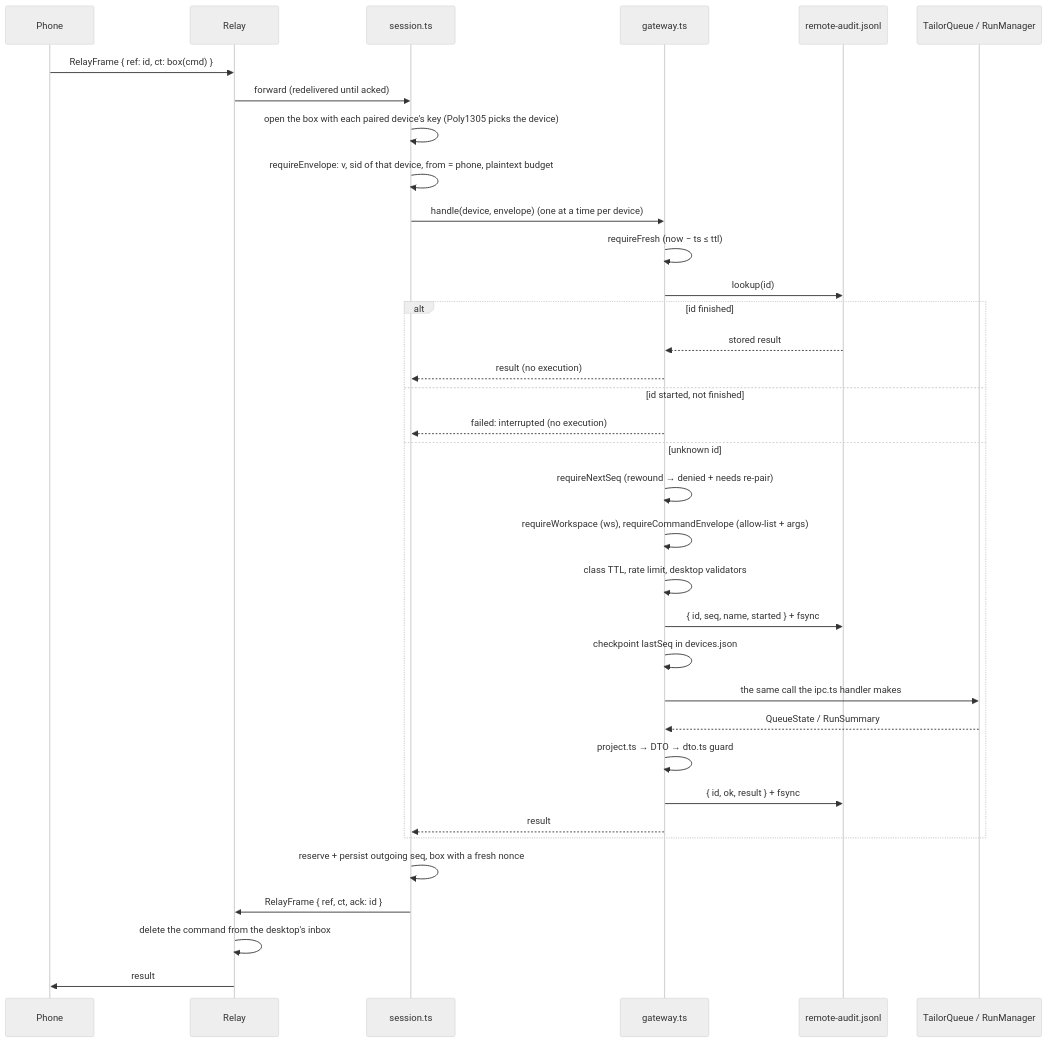
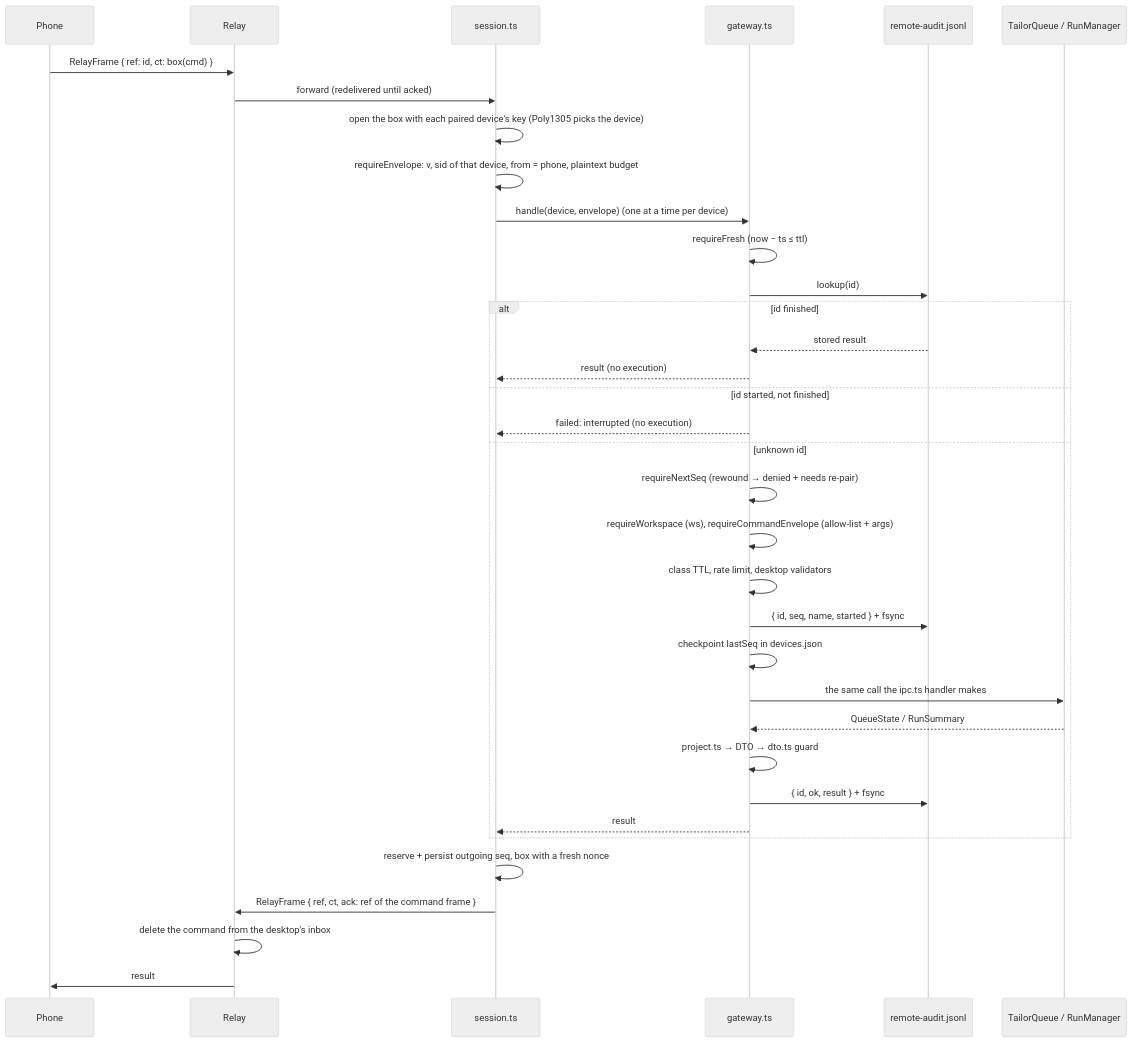
One commit to silentashish/huntgry changed the diagram in docs/changes/36-remote-gateway.md. Above: the diagram before and after it, drawn with Mermaid (neutral theme). The commit also changed other lines of this file, not shown here.

````diff
--- a/docs/changes/36-remote-gateway.md
+++ b/docs/changes/36-remote-gateway.md
@@ -37,37 +37,37 @@
 ```mermaid
 sequenceDiagram
     participant P as Phone
     participant R as Relay
     participant S as session.ts
     participant G as gateway.ts
     participant A as remote-audit.jsonl
     participant Q as TailorQueue / RunManager
     P->>R: RelayFrame { ref: id, ct: box(cmd) }
     R->>S: forward (redelivered until acked)
     S->>S: open the box with each paired device's key (Poly1305 picks the device)
     S->>S: requireEnvelope: v, sid of that device, from = phone, plaintext budget
     S->>G: handle(device, envelope)   (one at a time per device)
     G->>G: requireFresh (now − ts ≤ ttl)
     G->>A: lookup(id)
     alt id finished
         A-->>G: stored result
         G-->>S: result (no execution)
     else id started, not finished
         G-->>S: failed: interrupted (no execution)
     else unknown id
         G->>G: requireNextSeq (rewound → denied + needs re-pair)
         G->>G: requireWorkspace (ws), requireCommandEnvelope (allow-list + args)
         G->>G: class TTL, rate limit, desktop validators
         G->>A: { id, seq, name, started } + fsync
         G->>G: checkpoint lastSeq in devices.json
         G->>Q: the same call the ipc.ts handler makes
         Q-->>G: QueueState / RunSummary
         G->>G: project.ts → DTO → dto.ts guard
         G->>A: { id, ok, result } + fsync
         G-->>S: result
     end
     S->>S: reserve + persist outgoing seq, box with a fresh nonce
-    S->>R: RelayFrame { ref, ct, ack: id }
+    S->>R: RelayFrame { ref, ct, ack: ref of the command frame }
     R->>R: delete the command from the desktop's inbox
     R->>P: result
 ```
````
